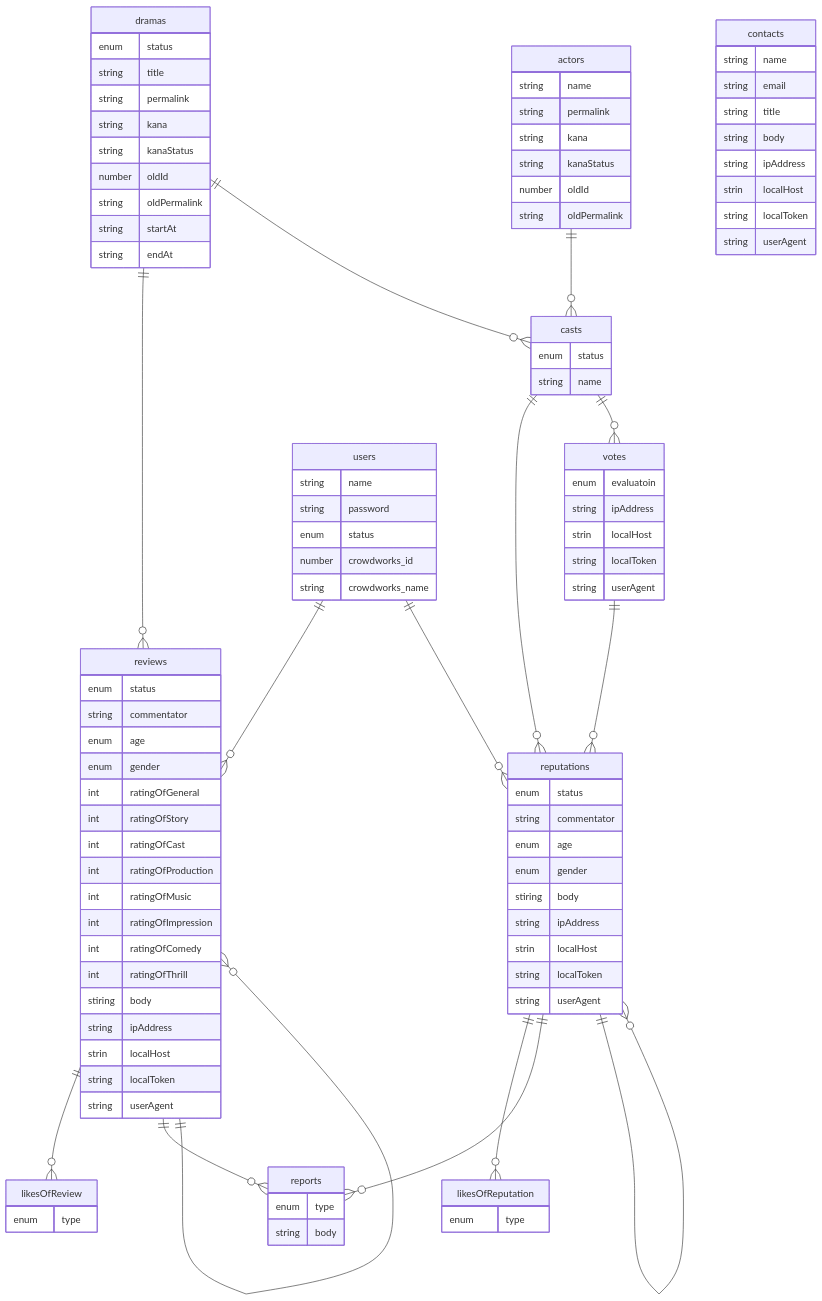
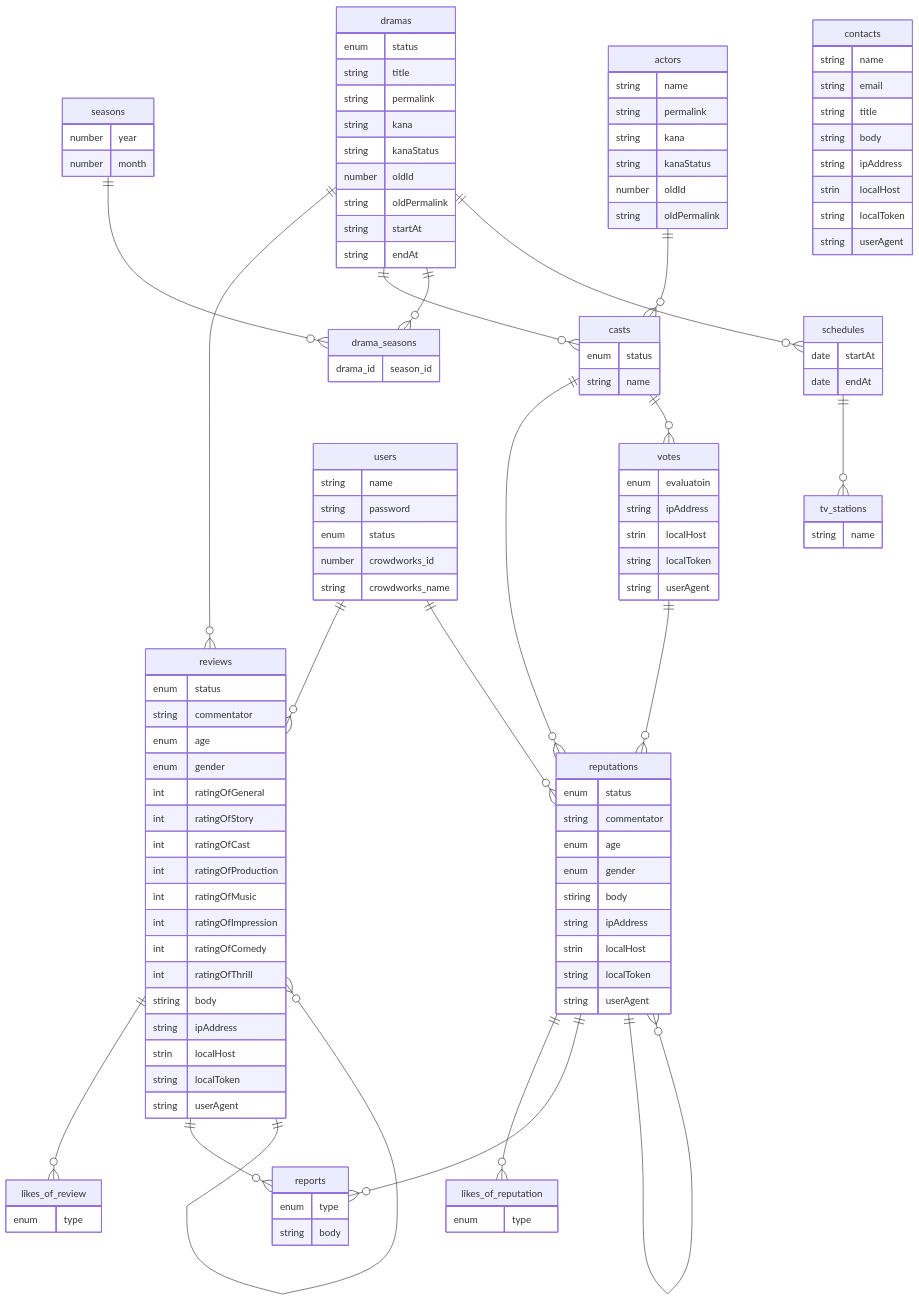
The diagram in core/er.md (mediascience-gk/dramafam-by-nest-next), drawn with Mermaid before and after one commit.

Commit message:
Modified ER Diagram

```diff
--- a/core/er.md
+++ b/core/er.md
@@ -7,14 +7,18 @@
 casts ||--o{ reputations: ""
 votes ||--o{ reputations: ""
 casts ||--o{ votes: ""
-reputations ||--o{ likesOfReputation: ""
-reviews ||--o{ likesOfReview: ""
+reputations ||--o{ likes_of_reputation: ""
+reviews ||--o{ likes_of_review: ""
 users ||--o{ reviews: ""
 users ||--o{ reputations: ""
 reputations ||--o{ reports: ""
 reviews ||--o{ reports: ""
 reputations ||--o{ reputations: ""
 reviews ||--o{ reviews: ""
+dramas ||--o{ drama_seasons: ""
+seasons ||--o{ drama_seasons: ""
+dramas ||--o{ schedules: ""
+schedules ||--o{ tv_stations: ""
 
 users {
     string name
@@ -34,6 +38,25 @@
     string oldPermalink
     string startAt
     string endAt
+}
+
+drama_seasons {
+    drama_id
+    season_id
+}
+
+seasons {
+    number year
+    number month
+}
+
+schedules {
+    date startAt
+    date endAt
+}
+
+tv_stations {
+    string name
 }
 
 casts {
@@ -70,11 +93,11 @@
     string userAgent
 }
 
-likesOfReputation {
+likes_of_reputation {
     enum type 
 }
 
-likesOfReview {
+likes_of_review {
     enum type
 }
 
```
